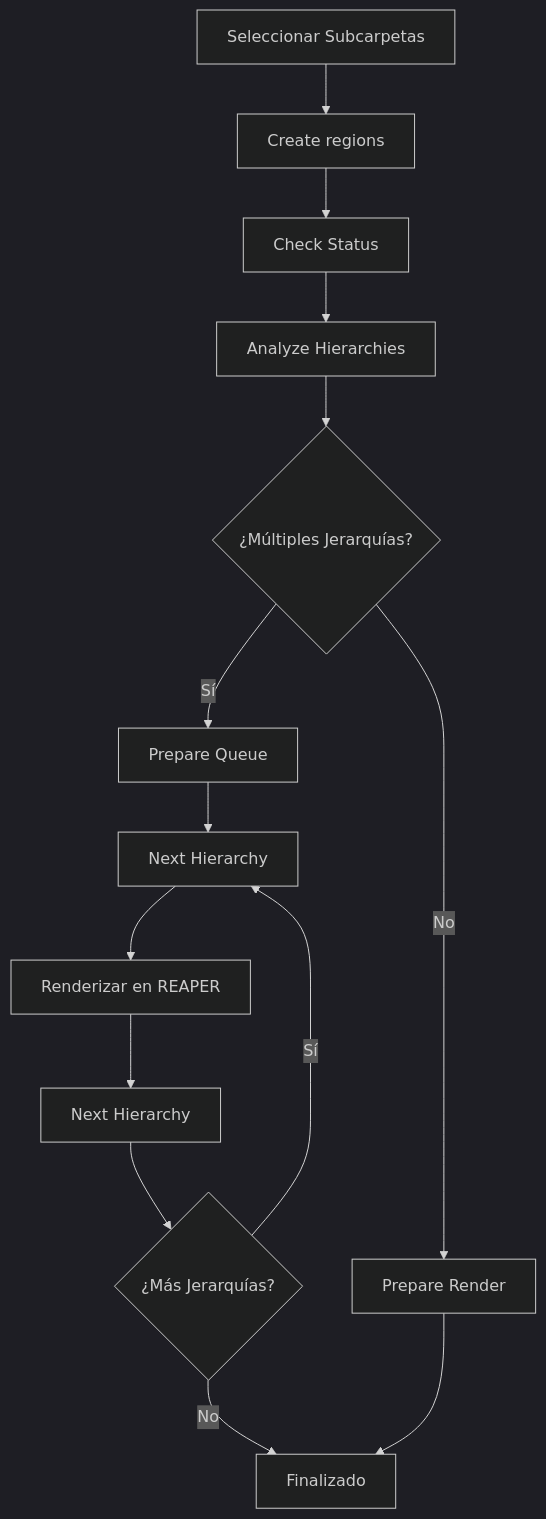
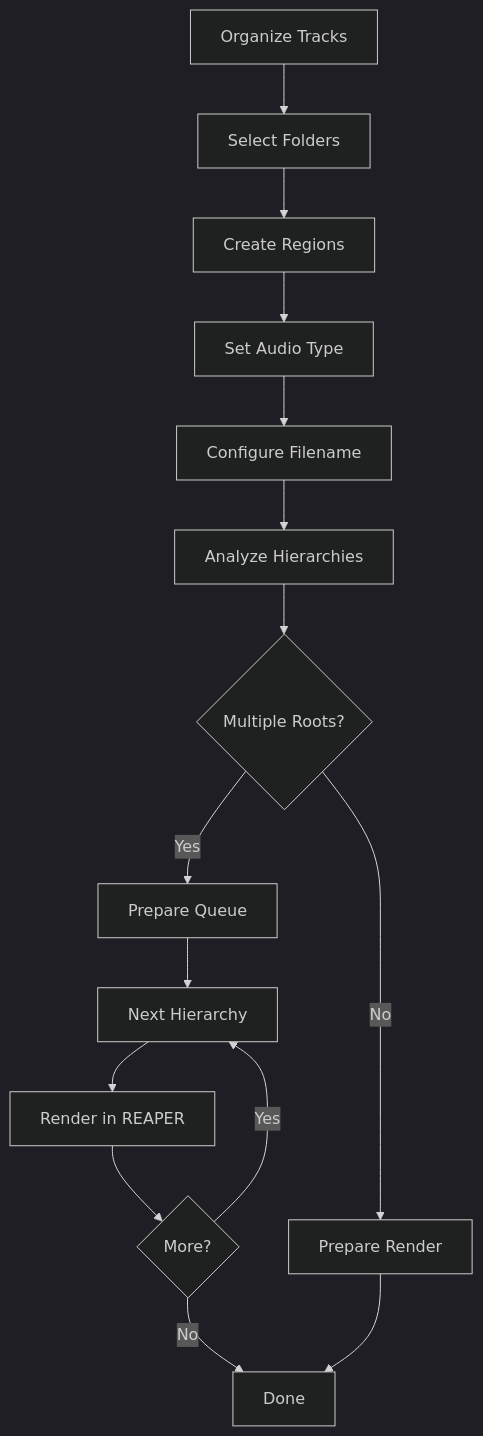
The first of 3 diagrams in Rendering Tool/README.md (panchuel/Panchu_Scripts), drawn with Mermaid (dark theme) before and after one commit. The commit also changed other lines of this file, not shown here.

````diff
--- a/Rendering Tool/README.md
+++ b/Rendering Tool/README.md
@@ -167,16 +25,17 @@
 ```mermaid
 graph TD
-    A[Seleccionar Subcarpetas] --> B[Create regions]
-    B --> C[Check Status]
-    C --> D[Analyze Hierarchies]
-    D --> E{¿Múltiples Jerarquías?}
-    E -->|Sí| F[Prepare Queue]
-    E -->|No| G[Prepare Render]
-    F --> H[Next Hierarchy]
-    H --> I[Renderizar en REAPER]
-    I --> J[Next Hierarchy]
-    J --> K{¿Más Jerarquías?}
-    K -->|Sí| H
-    K -->|No| L[Finalizado]
-    G --> L
+A[Organize Tracks] --> B[Select Folders]
+B --> C[Create Regions]
+C --> D[Set Audio Type]
+D --> E[Configure Filename]
+E --> F[Analyze Hierarchies]
+F --> G{Multiple Roots?}
+G -->|Yes| H[Prepare Queue]
+G -->|No| I[Prepare Render]
+H --> J[Next Hierarchy]
+J --> K[Render in REAPER]
+K --> L{More?}
+L -->|Yes| J
+L -->|No| M[Done]
+I --> M
 ```
````
